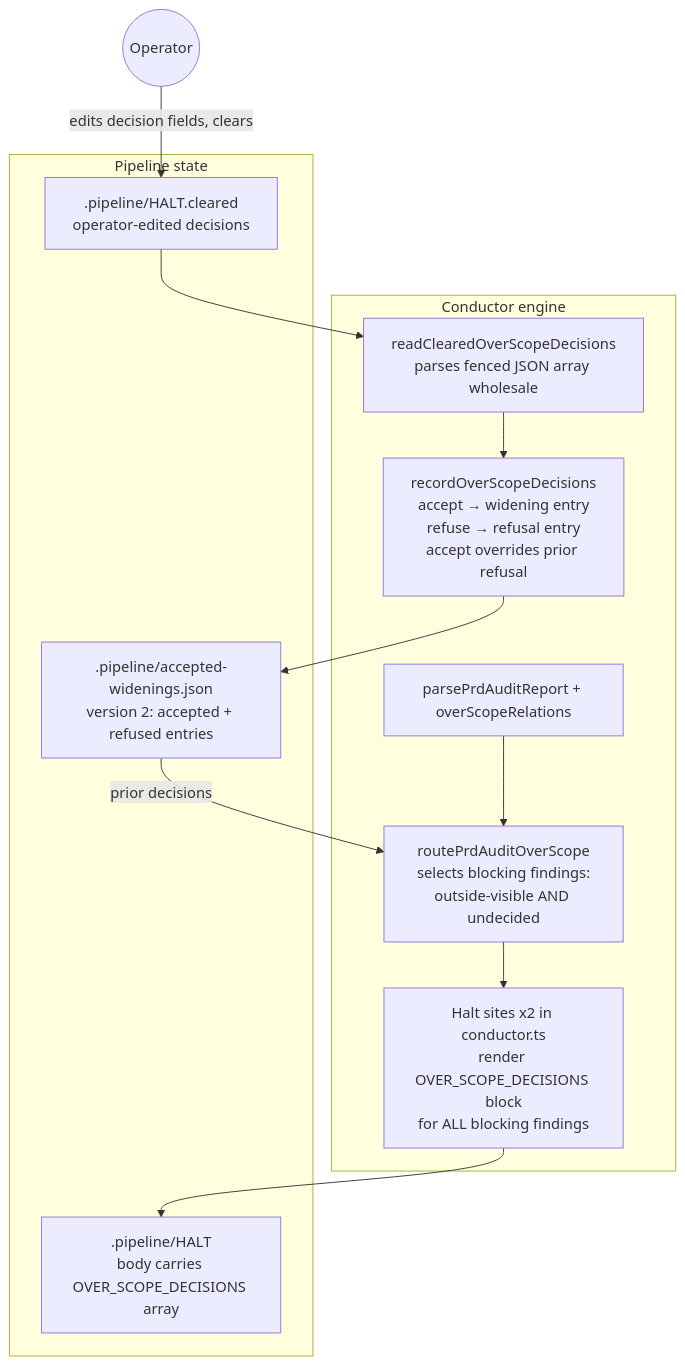
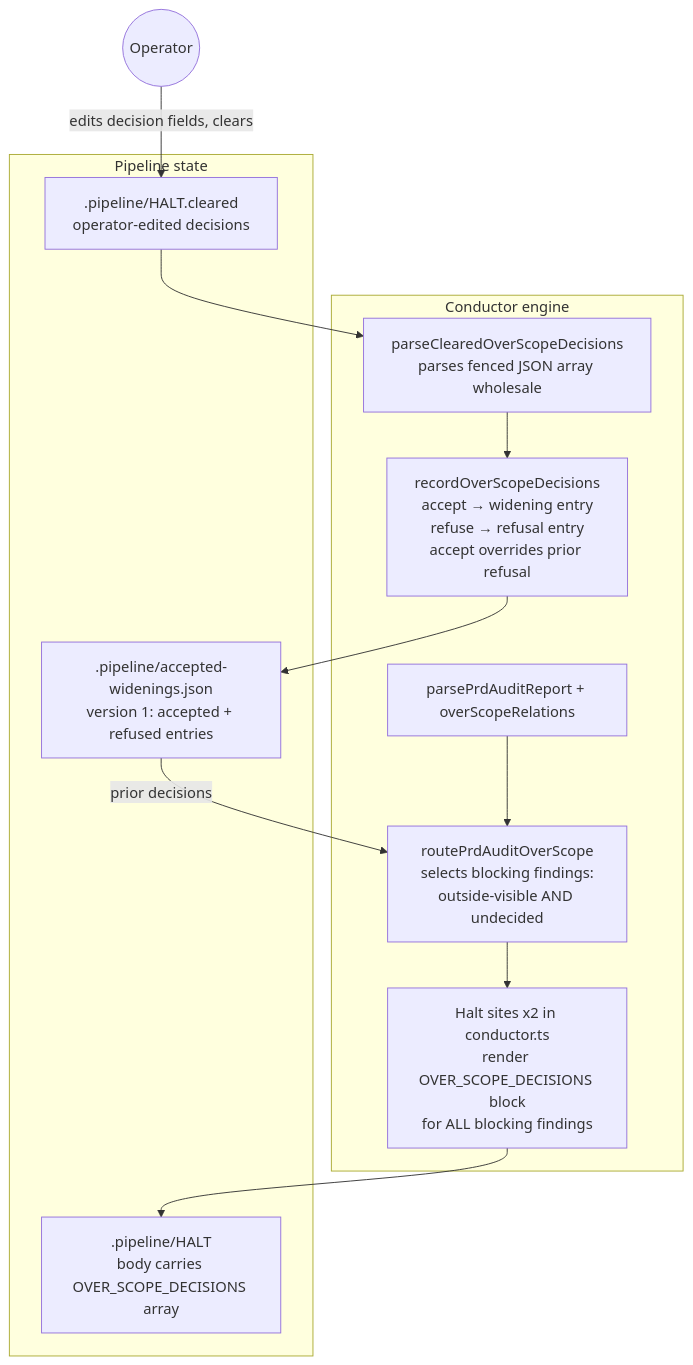
The first of 2 diagrams in .docs/architecture/over-scope-halt-accepts-one-criterion-per-clear-so.md (jstoup111/ai-conductor), drawn with Mermaid before and after one commit. The commit also changed other lines of this file and 3 other files, not shown here.

````diff
--- a/.docs/architecture/over-scope-halt-accepts-one-criterion-per-clear-so.md
+++ b/.docs/architecture/over-scope-halt-accepts-one-criterion-per-clear-so.md
@@ -10,21 +10,21 @@
 ```mermaid
 graph TD
   subgraph Conductor engine
     RA[parsePrdAuditReport + overScopeRelations]
     RT[routePrdAuditOverScope<br/>selects blocking findings:<br/>outside-visible AND undecided]
     HS[Halt sites x2 in conductor.ts<br/>render OVER_SCOPE_DECISIONS block<br/>for ALL blocking findings]
-    RD[readClearedOverScopeDecisions<br/>parses fenced JSON array wholesale]
+    RD[parseClearedOverScopeDecisions<br/>parses fenced JSON array wholesale]
     REC[recordOverScopeDecisions<br/>accept → widening entry<br/>refuse → refusal entry<br/>accept overrides prior refusal]
   end
   subgraph Pipeline state
     HALT[.pipeline/HALT<br/>body carries OVER_SCOPE_DECISIONS array]
     CLR[.pipeline/HALT.cleared<br/>operator-edited decisions]
-    AW[.pipeline/accepted-widenings.json<br/>version 2: accepted + refused entries]
+    AW[.pipeline/accepted-widenings.json<br/>version 1: accepted + refused entries]
   end
   OP((Operator))
 
   RA --> RT --> HS --> HALT
   OP -- edits decision fields, clears --> CLR
   CLR --> RD --> REC --> AW
   AW -- prior decisions --> RT
 ```
````
